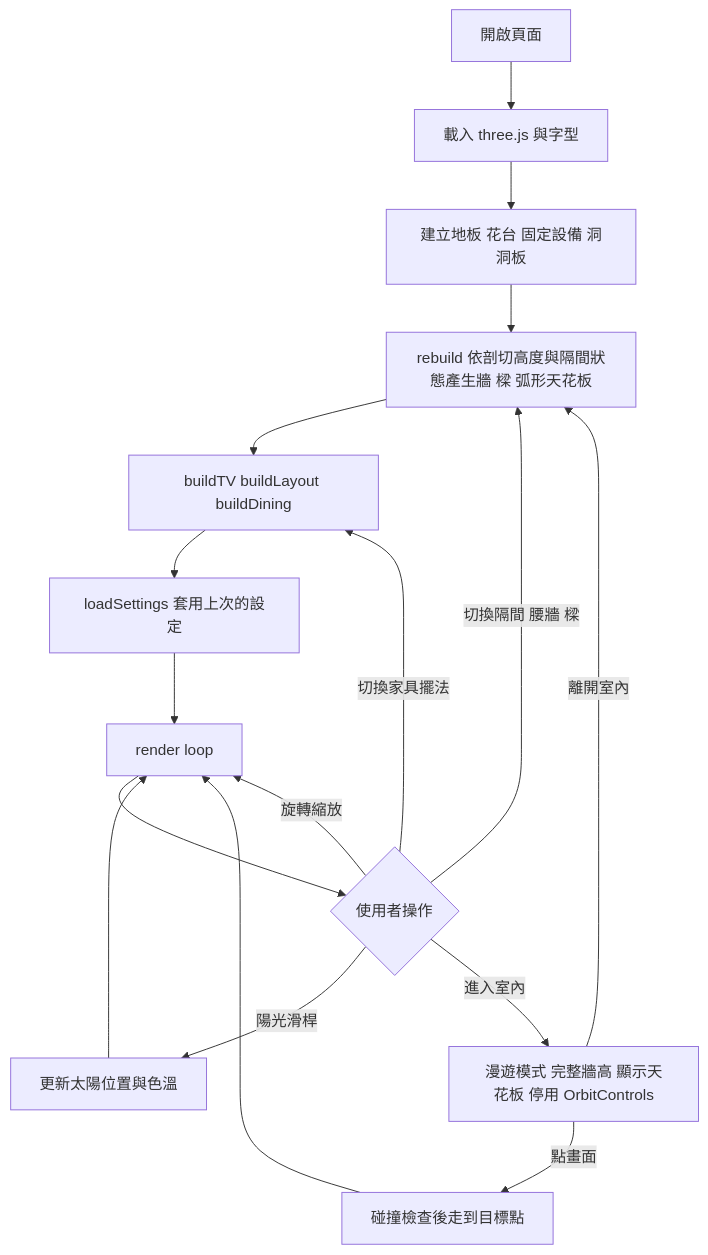
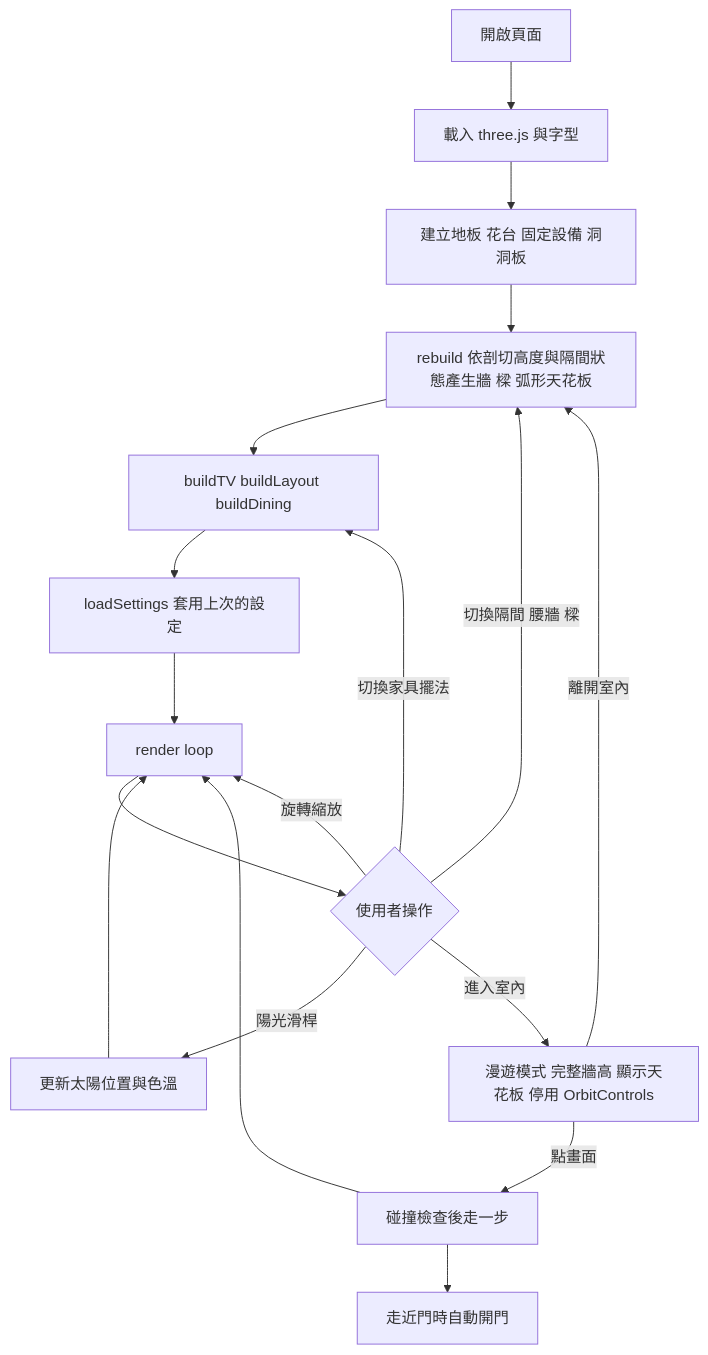
Before and after one commit to oopsdev/a07f02-3d: the second of 2 diagrams in docs/architecture.md, drawn with Mermaid. The commit also changed other lines of this file and 4 other files, not shown here.

````diff
--- a/docs/architecture.md
+++ b/docs/architecture.md
@@ -33,19 +36,20 @@
 ```mermaid
 flowchart TD
   S[開啟頁面] --> L[載入 three.js 與字型]
   L --> M[建立地板 花台 固定設備 洞洞板]
   M --> R[rebuild 依剖切高度與隔間狀態產生牆 樑 弧形天花板]
   R --> T[buildTV buildLayout buildDining]
   T --> P[loadSettings 套用上次的設定]
   P --> U[render loop]
   U --> V{使用者操作}
   V -->|切換隔間 腰牆 樑| R
   V -->|切換家具擺法| T
   V -->|陽光滑桿| X[更新太陽位置與色溫]
   V -->|進入室內| Y[漫遊模式 完整牆高 顯示天花板 停用 OrbitControls]
-  Y -->|點畫面| Z[碰撞檢查後走到目標點]
+  Y -->|點畫面| Z[碰撞檢查後走一步]
+  Z --> DD[走近門時自動開門]
   Z --> U
   Y -->|離開室內| R
   X --> U
   V -->|旋轉縮放| U
 ```
````
